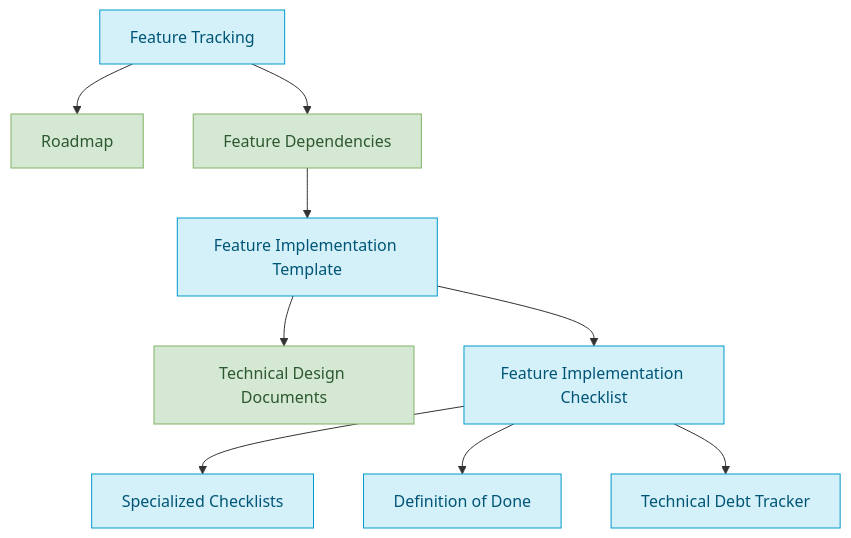
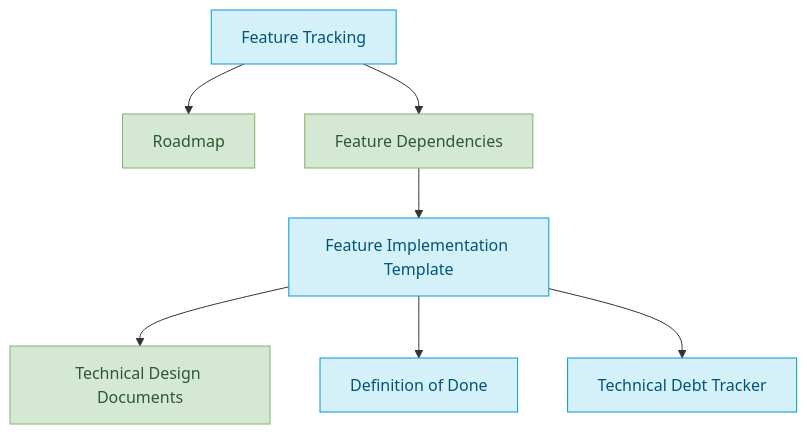
Before and after one commit to Abtomation/LinkWatcher: the diagram in doc/process-framework/documentation-map.md, drawn with Mermaid. The commit also changed other lines of this file and 332 other files, not shown here.

````diff
--- a/doc/process-framework/documentation-map.md
+++ b/doc/process-framework/documentation-map.md
@@ -302,17 +295,15 @@
 ```mermaid
 graph TD
     A[Feature Tracking] --> B[Roadmap]
     A --> C[Feature Dependencies]
     C --> D[Feature Implementation Template]
     D --> E[Technical Design Documents]
-    D --> F[Feature Implementation Checklist]
-    F --> G[Specialized Checklists]
-    F --> H[Definition of Done]
-    F --> I[Technical Debt Tracker]
+    D --> F[Definition of Done]
+    D --> G[Technical Debt Tracker]
 
     classDef process fill:#d4f1f9,stroke:#0099cc,color:#005577
     classDef product fill:#d5e8d4,stroke:#82b366,color:#2d5930
 
     class A,D,F,G,H,I process
     class B,C,E product
 ```
````
